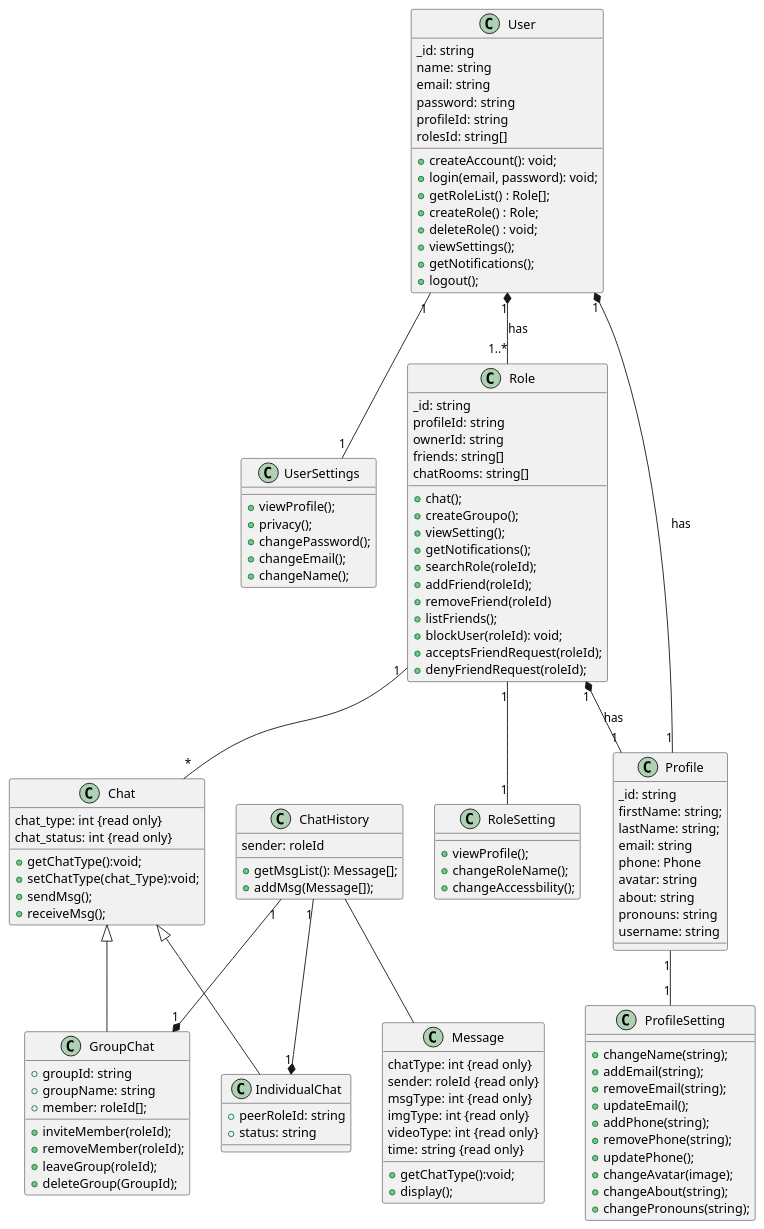
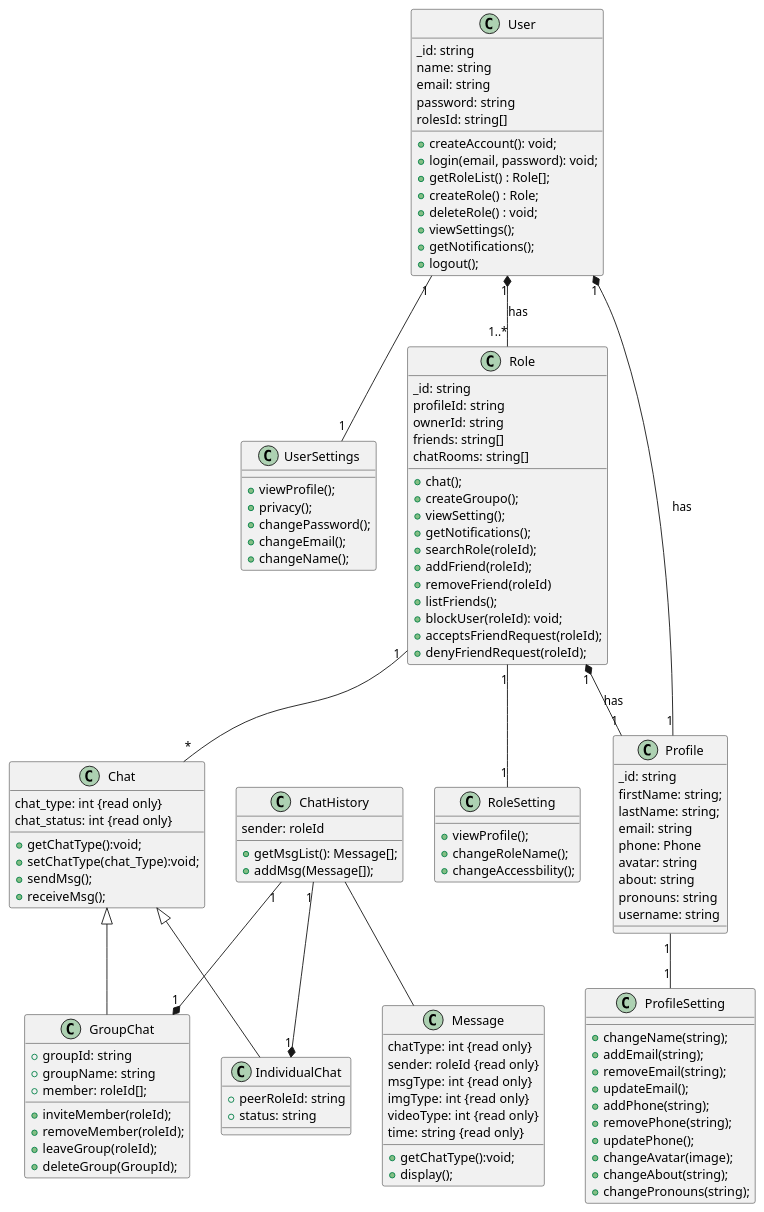
One commit to INEEDAMONITOR/Role-Rally changed the diagram in UML_Diagram/Plantuml/class.plantuml. Above: the diagram before and after it, drawn with PlantUML. The commit also changed 13 other files, not shown here.

```diff
--- a/UML_Diagram/Plantuml/class.plantuml
+++ b/UML_Diagram/Plantuml/class.plantuml
@@ -1,135 +1,134 @@
 @startuml
 class User {
     _id: string
     name: string
     email: string
     password: string
-    profileId: string
     rolesId: string[]
 
     +createAccount(): void;
     +login(email, password): void;
     +getRoleList() : Role[];
     +createRole() : Role;
     +deleteRole() : void;
     +viewSettings();
     +getNotifications();
     +logout();
 }
 class  UserSettings {
   +viewProfile();
   +privacy();
   +changePassword();
   +changeEmail();
   +changeName();
 }
 
 class Role {
     _id: string
     profileId: string
     ownerId: string
     friends: string[]
     chatRooms: string[]
 
     +chat();
     +createGroupo();
     +viewSetting();
     +getNotifications();
     +searchRole(roleId);
     +addFriend(roleId);
     +removeFriend(roleId)
     +listFriends();
     +blockUser(roleId): void;
     +acceptsFriendRequest(roleId);
     +denyFriendRequest(roleId);
 }
 
 class RoleSetting{
   +viewProfile();
   +changeRoleName();
   +changeAccessbility();
 }
 
 class Profile {
     _id: string
     firstName: string;
     lastName: string;
     email: string
     phone: Phone
     avatar: string
     about: string
     pronouns: string
     username: string
 }
 class ProfileSetting{
   +changeName(string);
   +addEmail(string);
   +removeEmail(string);
   +updateEmail();
   +addPhone(string);
   +removePhone(string);
   +updatePhone();
   +changeAvatar(image);
   +changeAbout(string);
   +changePronouns(string);
 }
 
 class Chat{
   chat_type: int {read only}
   chat_status: int {read only}
   +getChatType():void;
   +setChatType(chat_Type):void;  
   +sendMsg();
   +receiveMsg();
 }
 
 class IndividualChat{
   +peerRoleId: string
   +status: string
 }
 
 class GroupChat{
   +groupId: string
   +groupName: string
   +member: roleId[];
 
   +inviteMember(roleId);
   +removeMember(roleId);
   +leaveGroup(roleId);
   +deleteGroup(GroupId);
 }
 
 class ChatHistory{
   sender: roleId
   +getMsgList(): Message[];
   +addMsg(Message[]);
 }
 
 class Message{
   chatType: int {read only}
   sender: roleId {read only}
   msgType: int {read only}
   imgType: int {read only}
   videoType: int {read only}
   time: string {read only}
   +getChatType():void;
   +display();
 }
 
 ChatHistory "1" --* "1" GroupChat
 ChatHistory "1" --* "1" IndividualChat
 ChatHistory  -- Message
 
 Chat <|-- GroupChat
 Chat <|-- IndividualChat
 
 Role "1" -- "*" Chat
 User "1" *-- "1..*" Role : has
 User "1" *-- "1" Profile : has
 Role "1" *-- "1" Profile : has
 
 User "1" -- "1" UserSettings 
 Role "1" -- "1" RoleSetting 
 Profile "1" -- "1" ProfileSetting 
 
 @enduml
```
